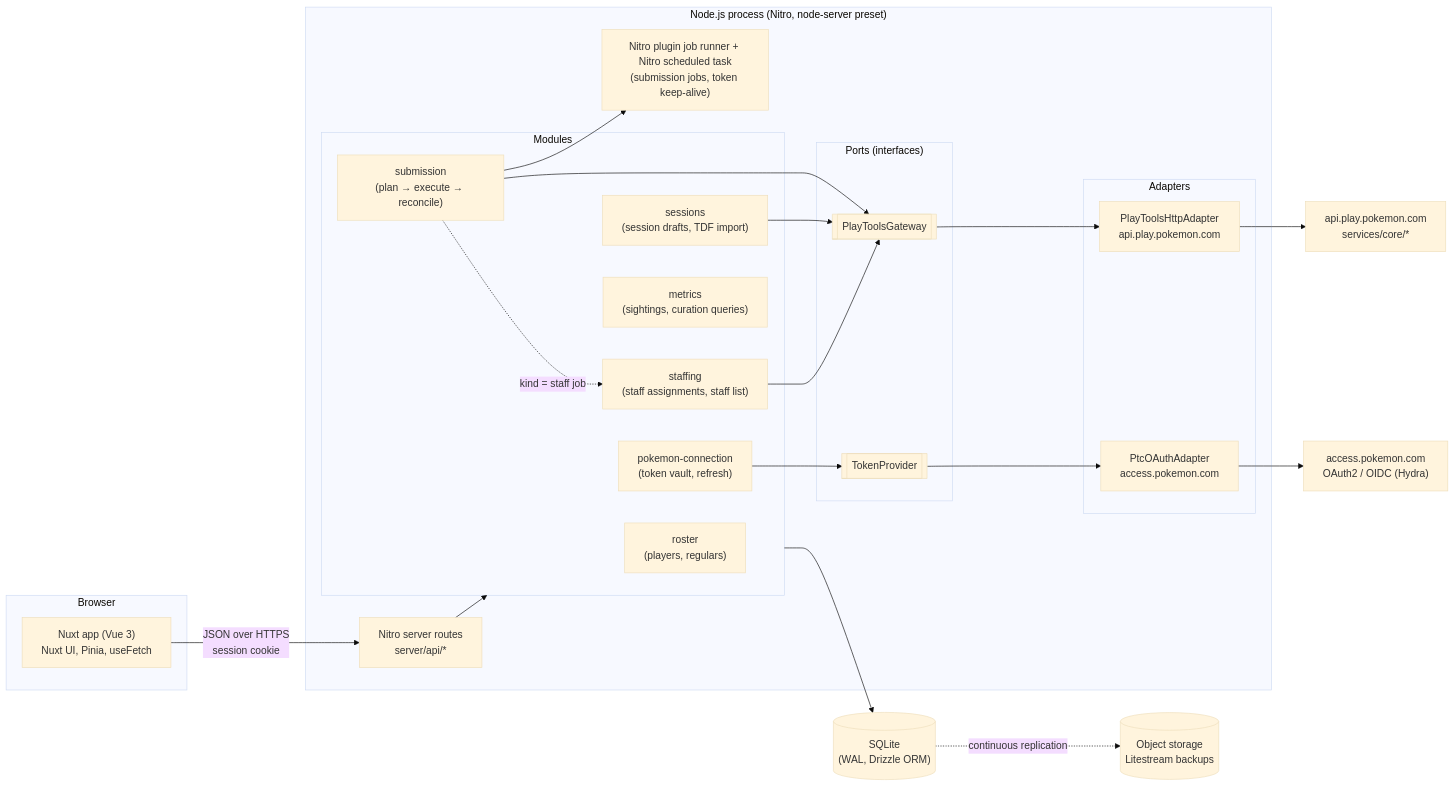
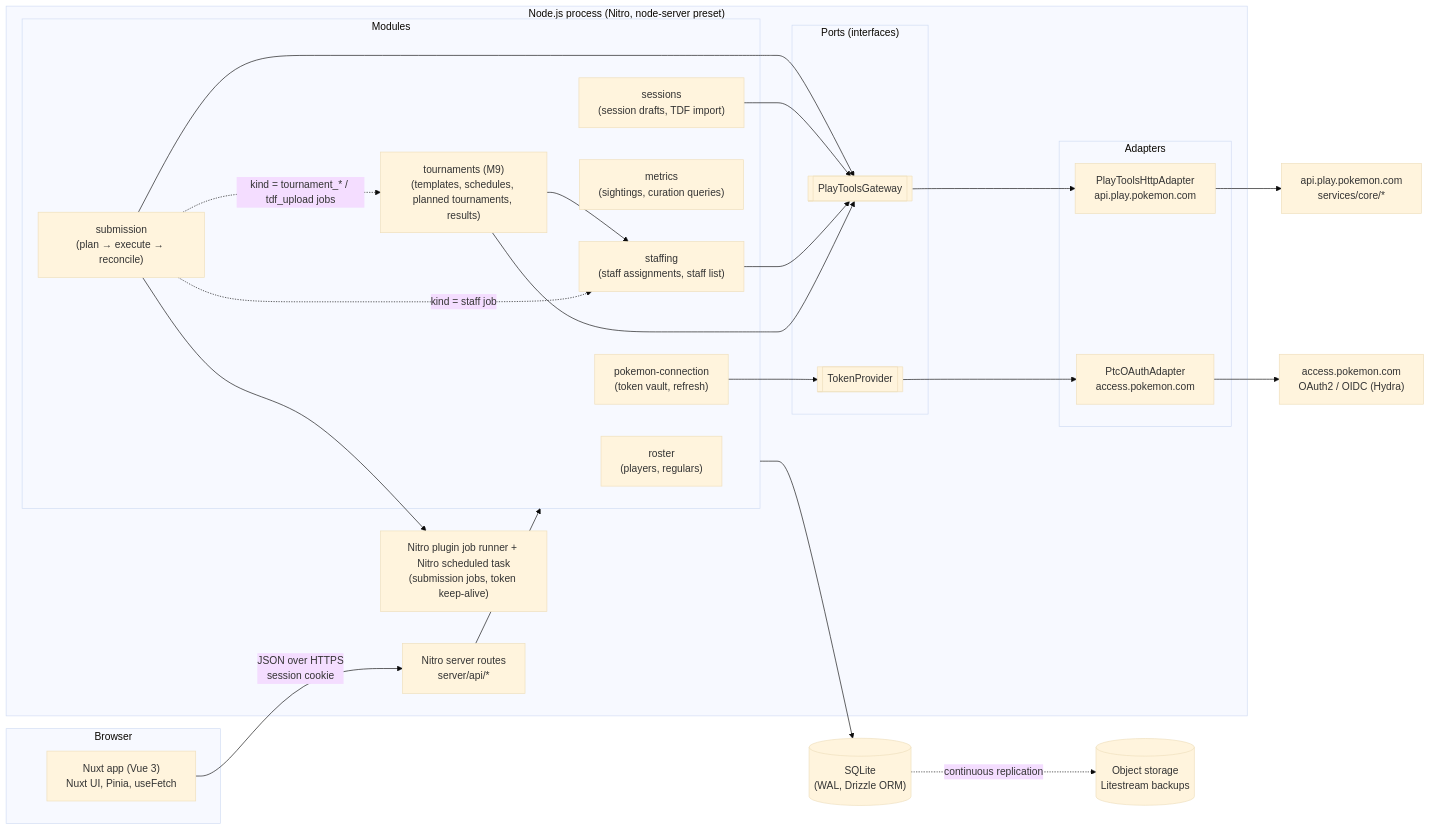
One commit to Towerism/play-pokemon-attendance-web changed the first of 7 diagrams in docs/architecture/README.md. Above: the diagram before and after it, drawn with Mermaid (base theme). The commit also changed other lines of this file and 5 other files, not shown here.

First line of the commit message:
docs(architecture): design M9 tournaments (templates, schedules, lifecycle, TDF upload)

````diff
--- a/docs/architecture/README.md
+++ b/docs/architecture/README.md
@@ -60,43 +62,47 @@
 ```mermaid
 flowchart LR
   subgraph Browser
     SPA["Nuxt app (Vue 3)<br/>Nuxt UI, Pinia, useFetch"]
   end
 
   subgraph Server["Node.js process (Nitro, node-server preset)"]
     API["Nitro server routes<br/>server/api/*"]
     subgraph Modules
       ROSTER["roster<br/>(players, regulars)"]
       SESSION["sessions<br/>(session drafts, TDF import)"]
       SUBMIT["submission<br/>(plan → execute → reconcile)"]
       METRICS["metrics<br/>(sightings, curation queries)"]
       STAFF["staffing<br/>(staff assignments, staff list)"]
+      TOURN["tournaments (M9)<br/>(templates, schedules, planned tournaments, results)"]
       PCONN["pokemon-connection<br/>(token vault, refresh)"]
     end
     JOBS["Nitro plugin job runner + Nitro scheduled task<br/>(submission jobs, token keep-alive)"]
     subgraph Ports["Ports (interfaces)"]
       P1[[TokenProvider]]
       P2[[PlayToolsGateway]]
     end
     subgraph Adapters
       A1["PtcOAuthAdapter<br/>access.pokemon.com"]
       A2["PlayToolsHttpAdapter<br/>api.play.pokemon.com"]
     end
   end
 
   DB[("SQLite<br/>(WAL, Drizzle ORM)")]
   BK[("Object storage<br/>Litestream backups")]
   PTC["access.pokemon.com<br/>OAuth2 / OIDC (Hydra)"]
   OP["api.play.pokemon.com<br/>services/core/*"]
 
   SPA -- "JSON over HTTPS<br/>session cookie" --> API
   API --> Modules
   SUBMIT --> JOBS
   PCONN --> P1 --> A1 --> PTC
   SUBMIT --> P2 --> A2 --> OP
   SESSION --> P2
   STAFF --> P2
+  TOURN --> P2
+  TOURN --> STAFF
+  SUBMIT -. "kind = tournament_* / tdf_upload jobs" .-> TOURN
   SUBMIT -. "kind = staff job" .-> STAFF
   Modules --> DB
   DB -. continuous replication .-> BK
 ```
````
